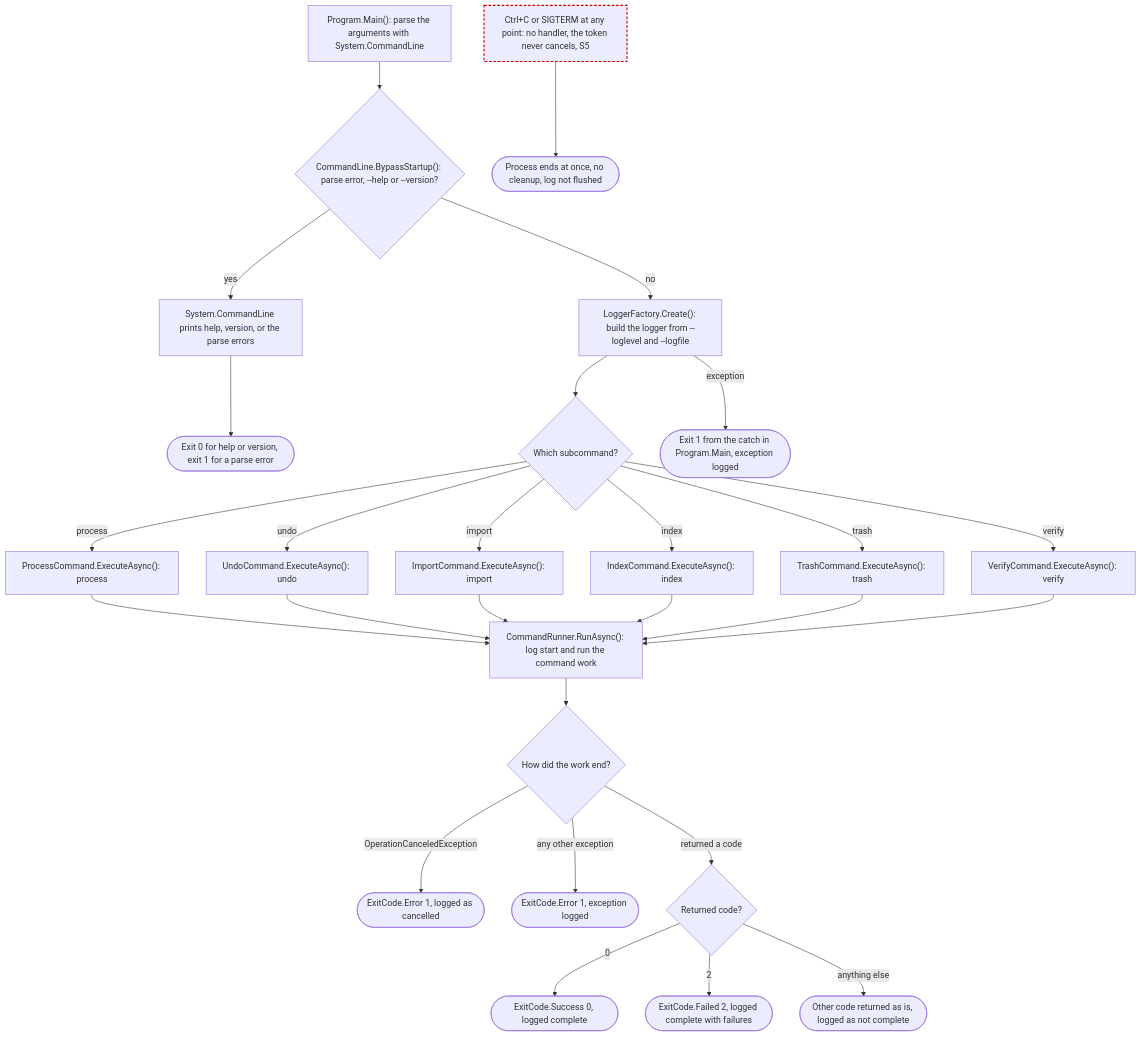
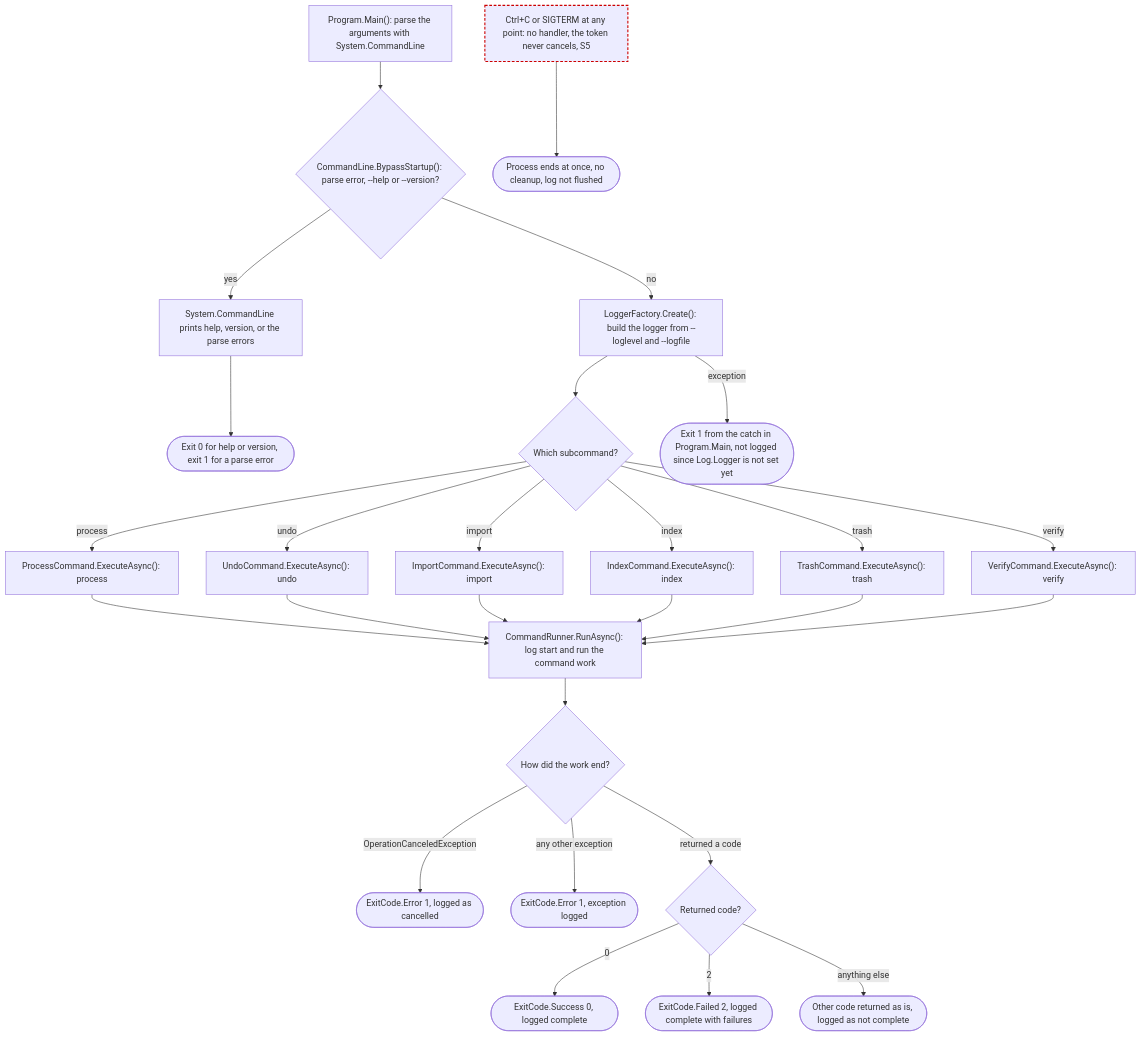
Before and after one commit to ptr727/PhotoCleaner: the first of 23 diagrams in ARCHITECTURE.md, drawn with Mermaid.

Commit message:
Say a Logger Setup Failure Exits Unlogged in the Run Flow

````diff
--- a/ARCHITECTURE.md
+++ b/ARCHITECTURE.md
@@ -118,53 +118,53 @@
 ```mermaid
 flowchart TD
   main["Program.Main(): parse the arguments with System.CommandLine"]
   bypass{"CommandLine.BypassStartup(): parse error, --help or --version?"}
   scl["System.CommandLine prints help, version, or the parse errors"]
   sclEnd(["Exit 0 for help or version, exit 1 for a parse error"])
   logger["LoggerFactory.Create(): build the logger from --loglevel and --logfile"]
   dispatch{"Which subcommand?"}
   process["ProcessCommand.ExecuteAsync(): process"]
   undo["UndoCommand.ExecuteAsync(): undo"]
   import["ImportCommand.ExecuteAsync(): import"]
   index["IndexCommand.ExecuteAsync(): index"]
   trash["TrashCommand.ExecuteAsync(): trash"]
   verify["VerifyCommand.ExecuteAsync(): verify"]
   runner["CommandRunner.RunAsync(): log start and run the command work"]
   how{"How did the work end?"}
   cancelled(["ExitCode.Error 1, logged as cancelled"])
   thrown(["ExitCode.Error 1, exception logged"])
   code{"Returned code?"}
   ok(["ExitCode.Success 0, logged complete"])
   failed(["ExitCode.Failed 2, logged complete with failures"])
   other(["Other code returned as is, logged as not complete"])
-  mainCatch(["Exit 1 from the catch in Program.Main, exception logged"])
+  mainCatch(["Exit 1 from the catch in Program.Main, not logged since Log.Logger is not set yet"])
   ctrlc["Ctrl+C or SIGTERM at any point: no handler, the token never cancels, S5"]:::suspect
   killed(["Process ends at once, no cleanup, log not flushed"])
 
   main --> bypass
   bypass -->|"yes"| scl --> sclEnd
   bypass -->|"no"| logger
   logger -->|"exception"| mainCatch
   logger --> dispatch
   dispatch -->|"process"| process
   dispatch -->|"undo"| undo
   dispatch -->|"import"| import
   dispatch -->|"index"| index
   dispatch -->|"trash"| trash
   dispatch -->|"verify"| verify
   process --> runner
   undo --> runner
   import --> runner
   index --> runner
   trash --> runner
   verify --> runner
   runner --> how
   how -->|"OperationCanceledException"| cancelled
   how -->|"any other exception"| thrown
   how -->|"returned a code"| code
   code -->|"0"| ok
   code -->|"2"| failed
   code -->|"anything else"| other
   ctrlc --> killed
   classDef suspect stroke:#c00,stroke-width:2px,stroke-dasharray:5 3
 ```
````
